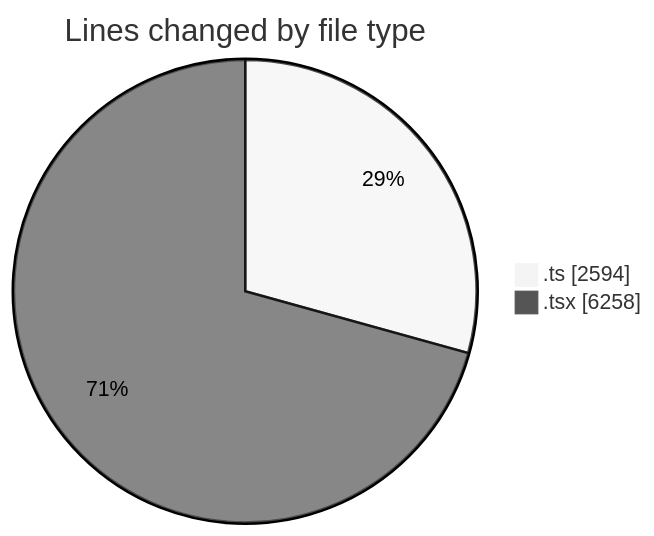
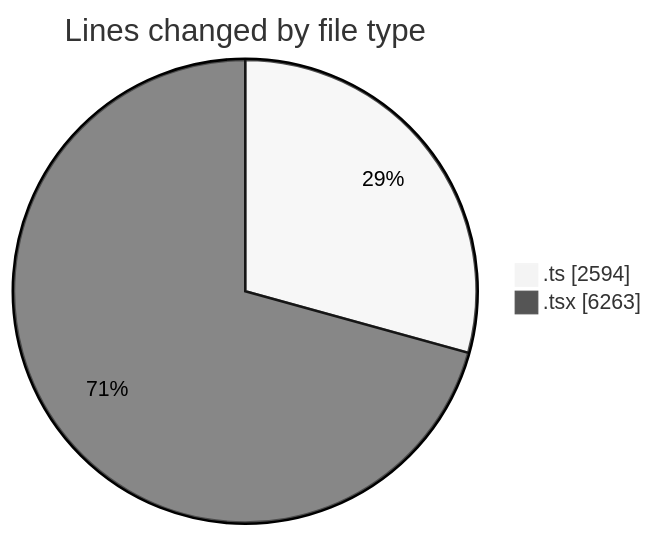
Before and after one commit to momahboobian/code-tracking: the first of 2 diagrams in 2025-07-01/cda/README.md, drawn with Mermaid (neutral theme). The commit also changed other lines of this file and 1 other file, not shown here.

````diff
--- a/2025-07-01/cda/README.md
+++ b/2025-07-01/cda/README.md
@@ -44,6 +44,6 @@
 ```mermaid
 pie showData
 title Lines changed by file type
 ".ts" : 2594
-".tsx" : 6258
+".tsx" : 6263
 ```
````
